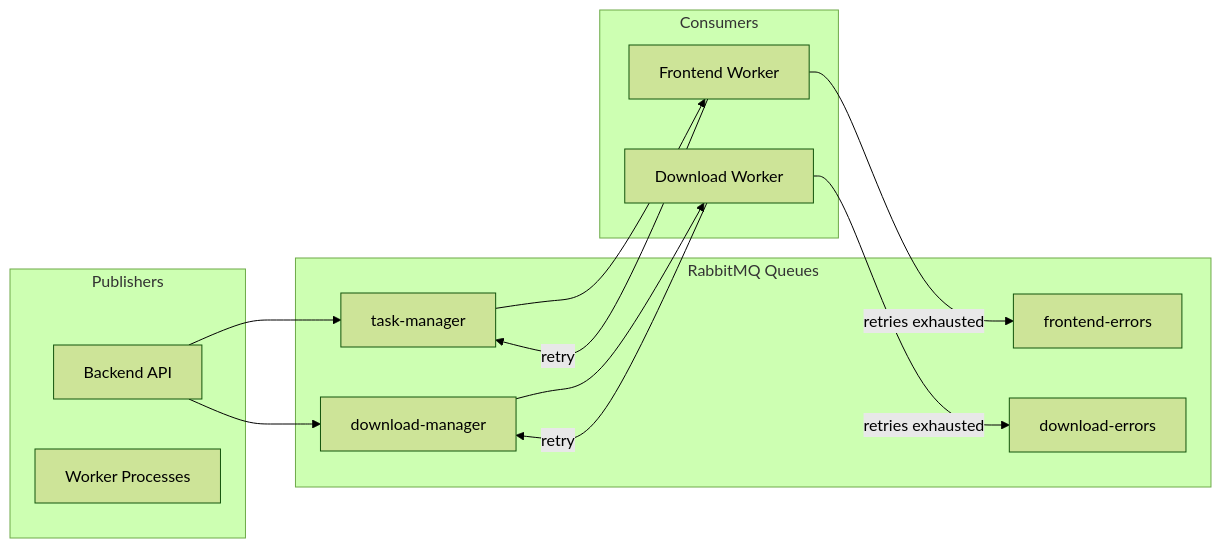
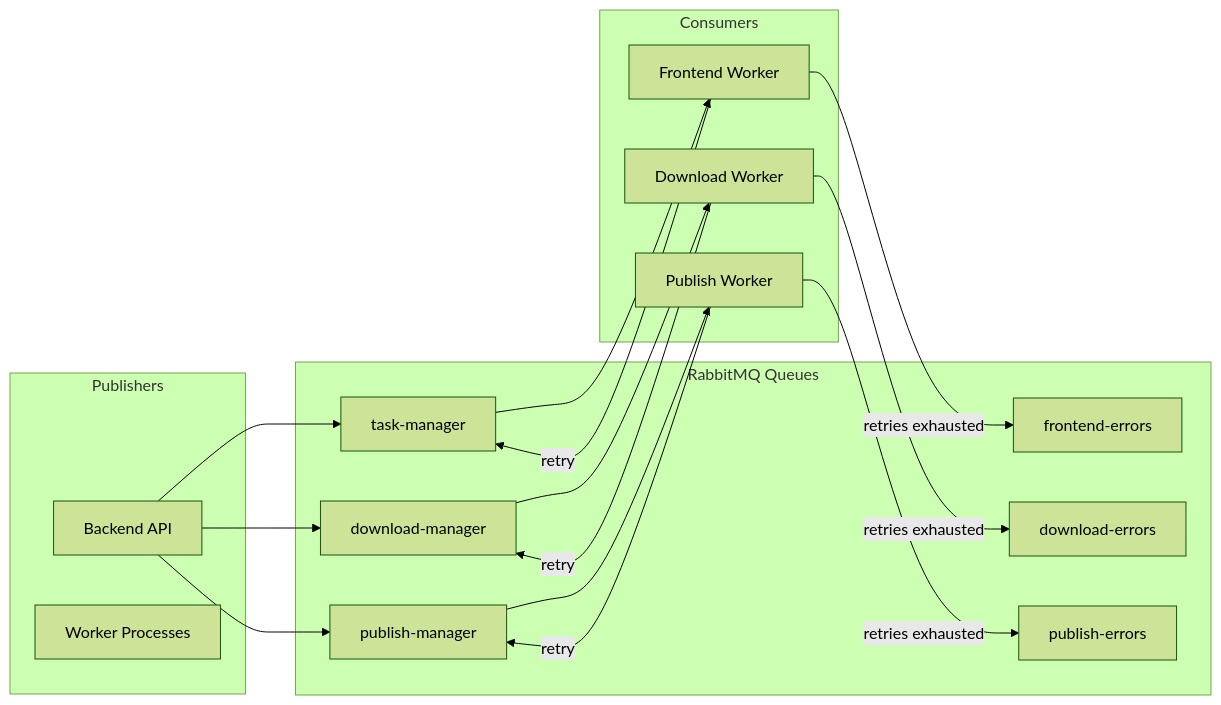
One commit to autonomys/auto-drive changed the second of 8 diagrams in docs/architecture.md. Above: the diagram before and after it, drawn with Mermaid (forest theme). The commit also changed other lines of this file and 1 other file, not shown here.

First line of the commit message:
docs: route publish tasks to publish-manager and its dedicated worker

````diff
--- a/docs/architecture.md
+++ b/docs/architecture.md
@@ -225,28 +225,35 @@
 ```mermaid
 flowchart LR
     subgraph Publishers
         Backend["Backend API"]
         Workers["Worker Processes"]
     end
 
     subgraph Queues["RabbitMQ Queues"]
         TM["task-manager"]
         DM["download-manager"]
+        PM["publish-manager"]
         FE["frontend-errors"]
         DE["download-errors"]
+        PE["publish-errors"]
     end
 
     subgraph Consumers
         FW["Frontend Worker"]
         DW["Download Worker"]
+        PW["Publish Worker"]
     end
 
     Backend --> TM
     Backend --> DM
+    Backend --> PM
     TM --> FW
     DM --> DW
+    PM --> PW
     FW -->|"retries exhausted"| FE
     DW -->|"retries exhausted"| DE
+    PW -->|"retries exhausted"| PE
     FW -->|"retry"| TM
     DW -->|"retry"| DM
+    PW -->|"retry"| PM
 ```
````
